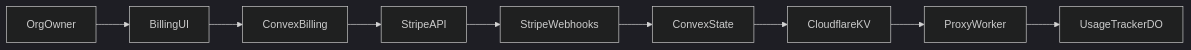
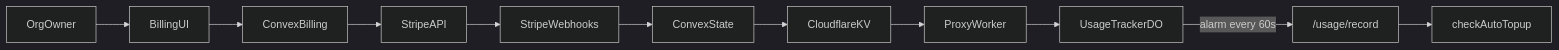
Before and after one commit to zaks-io/trace-flow: the diagram in specs/features/stripe-billing.md, drawn with Mermaid (dark theme). The commit also changed other lines of this file and 33 other files, not shown here.

````diff
--- a/specs/features/stripe-billing.md
+++ b/specs/features/stripe-billing.md
@@ -113,11 +129,13 @@
 ```mermaid
 flowchart LR
 OrgOwner --> BillingUI
 BillingUI --> ConvexBilling
 ConvexBilling --> StripeAPI
 StripeAPI --> StripeWebhooks
 StripeWebhooks --> ConvexState
 ConvexState --> CloudflareKV
 CloudflareKV --> ProxyWorker
 ProxyWorker --> UsageTrackerDO
+UsageTrackerDO -->|alarm every 60s| ConvexUsageRecord["/usage/record"]
+ConvexUsageRecord --> AutoTopup["checkAutoTopup"]
 ```
````
